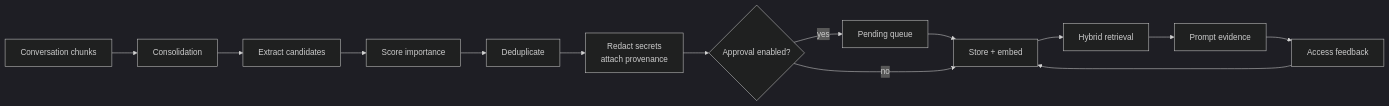
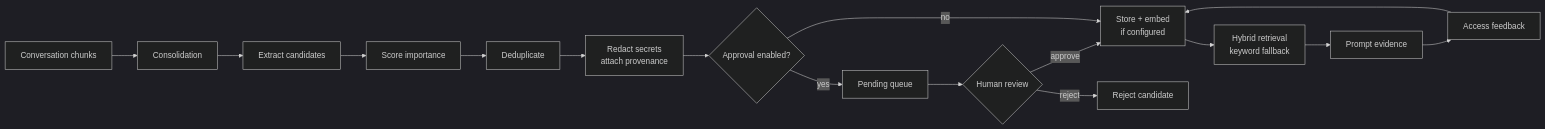
The fourth of 10 diagrams in README.md (kiazh/Machina-Harness), drawn with Mermaid (dark theme) before and after one commit. The commit also changed other lines of this file, not shown here.

Commit message:
Correct diagram relationships and lifecycle branches

````diff
--- a/README.md
+++ b/README.md
@@ -615,16 +615,18 @@
 ```mermaid
 flowchart LR
     T[Conversation chunks] --> C[Consolidation]
     C --> E[Extract candidates]
     E --> S[Score importance]
     S --> D[Deduplicate]
     D --> R[Redact secrets<br/>attach provenance]
     R --> A{Approval enabled?}
     A -- yes --> P[Pending queue]
-    P --> W[Store + embed]
+    P --> H{Human review}
+    H -- approve --> W[Store + embed<br/>if configured]
+    H -- reject --> X[Reject candidate]
     A -- no --> W
-    W --> Q[Hybrid retrieval]
+    W --> Q[Hybrid retrieval<br/>keyword fallback]
     Q --> U[Prompt evidence]
     U --> F[Access feedback]
     F --> W
 ```
````
